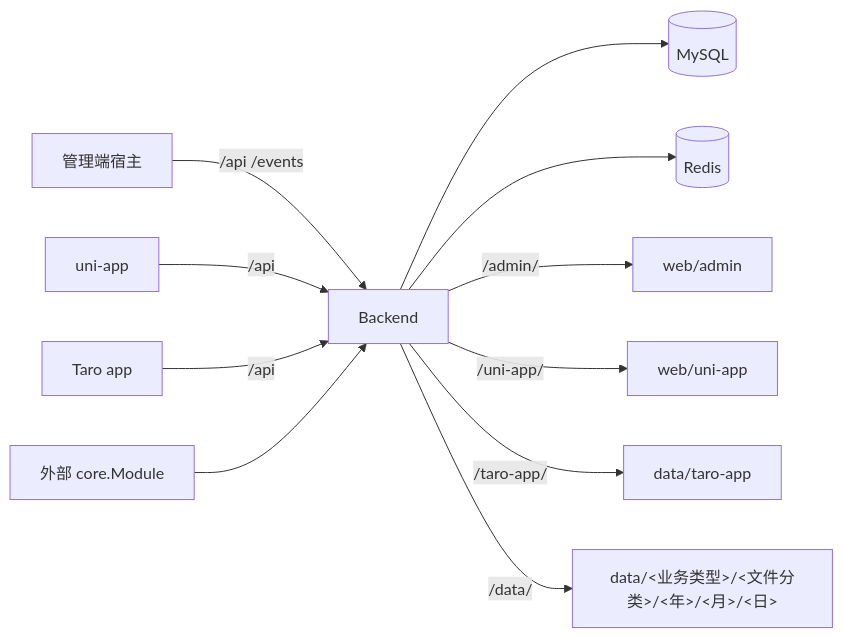
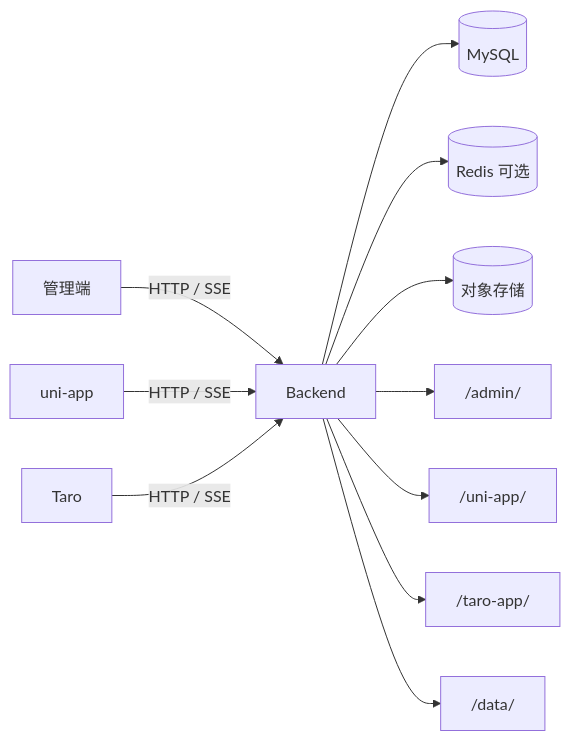
The diagram in docs/系统总体设计.md (liujitcn/kratos-admin), drawn with Mermaid before and after one commit. The commit also changed other lines of this file and 35 other files, not shown here.

````diff
--- a/docs/系统总体设计.md
+++ b/docs/系统总体设计.md
@@ -24,13 +23,13 @@
 ```mermaid
 flowchart LR
-  Admin["管理端宿主"] -->|"/api /events"| Backend["Backend"]
-  UniApp["uni-app"] -->|"/api"| Backend
-  Taro["Taro app"] -->|"/api"| Backend
-  Backend --> DB[("MySQL")]
-  Backend --> Redis[("Redis")]
-  Backend -->|"/admin/"| AdminFiles["web/admin"]
-  Backend -->|"/uni-app/"| UniAppFiles["web/uni-app"]
-  Backend -->|"/taro-app/"| TaroFiles["data/taro-app"]
-  Backend -->|"/data/"| UploadFiles["data/<业务类型>/<文件分类>/<年>/<月>/<日>"]
-  Module["外部 core.Module"] --> Backend
+  Admin[管理端] -->|HTTP / SSE| Backend[Backend]
+  Uni[uni-app] -->|HTTP / SSE| Backend
+  Taro[Taro] -->|HTTP / SSE| Backend
+  Backend --> MySQL[(MySQL)]
+  Backend --> Redis[(Redis 可选)]
+  Backend --> Storage[(对象存储)]
+  Backend --> AdminFiles["/admin/"]
+  Backend --> UniFiles["/uni-app/"]
+  Backend --> TaroFiles["/taro-app/"]
+  Backend --> UploadFiles["/data/"]
 ```
````
